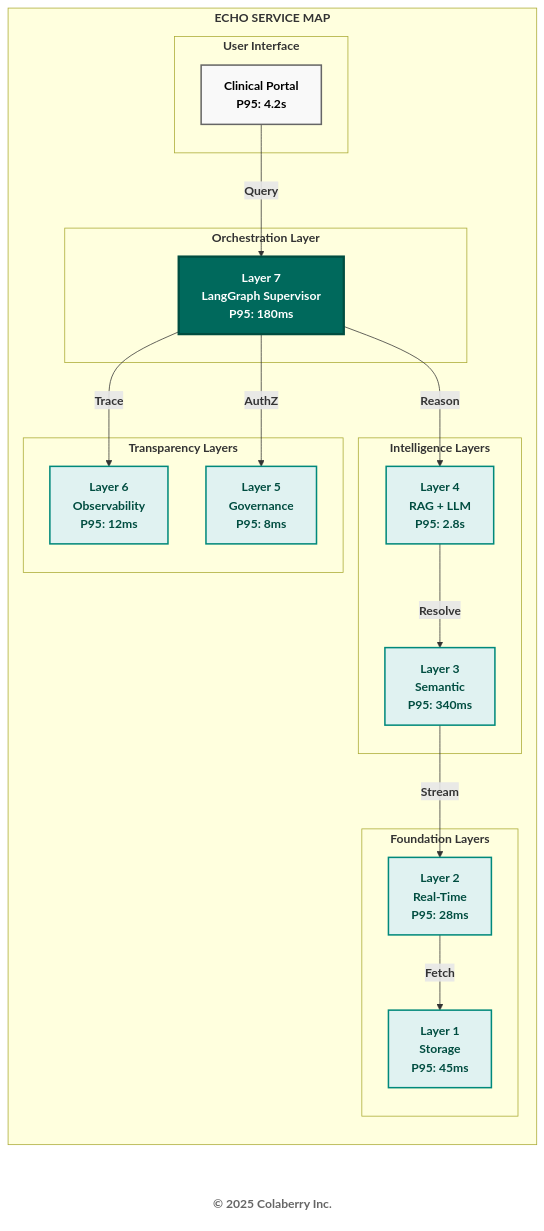
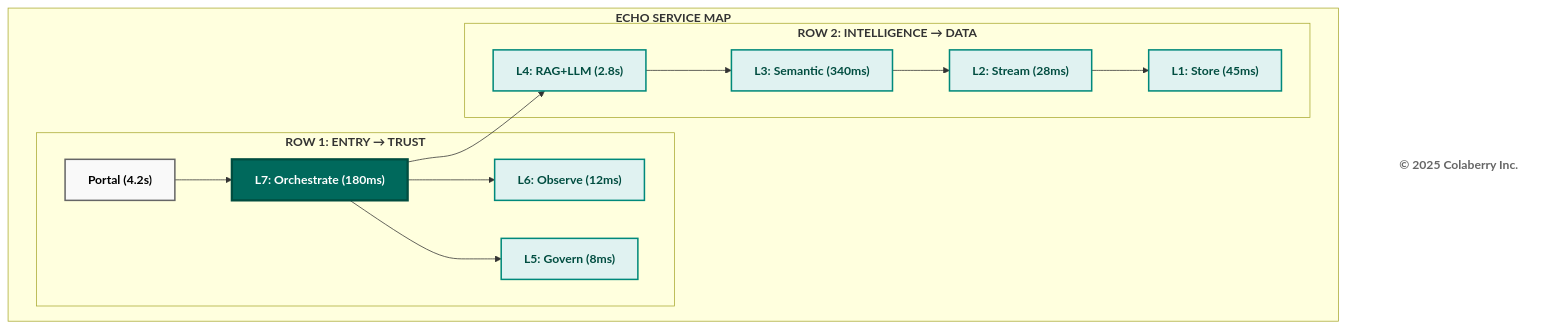
Before and after one commit to saitejesh-cyber/trust-before-intelligence-book: the seventh of 13 diagrams in manuscript/chapter_6_transparency_orchestration_layers_v1_8.md, drawn with Mermaid. The commit also changed other lines of this file, not shown here.

First line of the commit message:
Updated chapter 6 with better diagrams

````diff
--- a/manuscript/chapter_6_transparency_orchestration_layers_v1_8.md
+++ b/manuscript/chapter_6_transparency_orchestration_layers_v1_8.md
@@ -616,47 +609,34 @@
 ```mermaid
-graph LR
+graph TB
     subgraph "<b>ECHO SERVICE MAP</b>"
-        subgraph "<b>User Interface</b>"
-            UI["<b>Clinical Portal</b><br/><b>P95: 4.2s</b>"]
+        subgraph "<b>ROW 1: ENTRY → TRUST</b>"
+            UI["<b>Portal (4.2s)</b>"]
+            L7["<b>L7: Orchestrate (180ms)</b>"]
+            L6["<b>L6: Observe (12ms)</b>"]
+            L5["<b>L5: Govern (8ms)</b>"]
         end
         
-        subgraph "<b>Orchestration Layer</b>"
-            L7["<b>Layer 7</b><br/><b>LangGraph Supervisor</b><br/><b>P95: 180ms</b>"]
-        end
-        
-        subgraph "<b>Transparency Layers</b>"
-            L6["<b>Layer 6</b><br/><b>Observability</b><br/><b>P95: 12ms</b>"]
-            L5["<b>Layer 5</b><br/><b>Governance</b><br/><b>P95: 8ms</b>"]
-        end
-        
-        subgraph "<b>Intelligence Layers</b>"
-            L4["<b>Layer 4</b><br/><b>RAG + LLM</b><br/><b>P95: 2.8s</b>"]
-            L3["<b>Layer 3</b><br/><b>Semantic</b><br/><b>P95: 340ms</b>"]
-        end
-        
-        subgraph "<b>Foundation Layers</b>"
-            L2["<b>Layer 2</b><br/><b>Real-Time</b><br/><b>P95: 28ms</b>"]
-            L1["<b>Layer 1</b><br/><b>Storage</b><br/><b>P95: 45ms</b>"]
+        subgraph "<b>ROW 2: INTELLIGENCE → DATA</b>"
+            L4["<b>L4: RAG+LLM (2.8s)</b>"]
+            L3["<b>L3: Semantic (340ms)</b>"]
+            L2["<b>L2: Stream (28ms)</b>"]
+            L1["<b>L1: Store (45ms)</b>"]
         end
     end
     
     Copyright["<b>© 2025 Colaberry Inc.</b>"]
     
-    UI -->|<b>Query</b>| L7
-    L7 -->|<b>Trace</b>| L6
-    L7 -->|<b>AuthZ</b>| L5
-    L7 -->|<b>Reason</b>| L4
-    L4 -->|<b>Resolve</b>| L3
-    L3 -->|<b>Stream</b>| L2
-    L2 -->|<b>Fetch</b>| L1
+    UI --> L7 --> L6
+    L7 --> L5
+    L7 --> L4 --> L3 --> L2 --> L1
     
     style UI fill:#f9f9f9,stroke:#666666,stroke-width:2px,color:#000000
     style L7 fill:#00695c,color:#ffffff,stroke:#004d40,stroke-width:3px
     style L6 fill:#e0f2f1,stroke:#00897b,stroke-width:2px,color:#004d40
     style L5 fill:#e0f2f1,stroke:#00897b,stroke-width:2px,color:#004d40
     style L4 fill:#e0f2f1,stroke:#00897b,stroke-width:2px,color:#004d40
     style L3 fill:#e0f2f1,stroke:#00897b,stroke-width:2px,color:#004d40
     style L2 fill:#e0f2f1,stroke:#00897b,stroke-width:2px,color:#004d40
     style L1 fill:#e0f2f1,stroke:#00897b,stroke-width:2px,color:#004d40
     style Copyright fill:#ffffff,stroke:none,color:#666666
 ```
````
